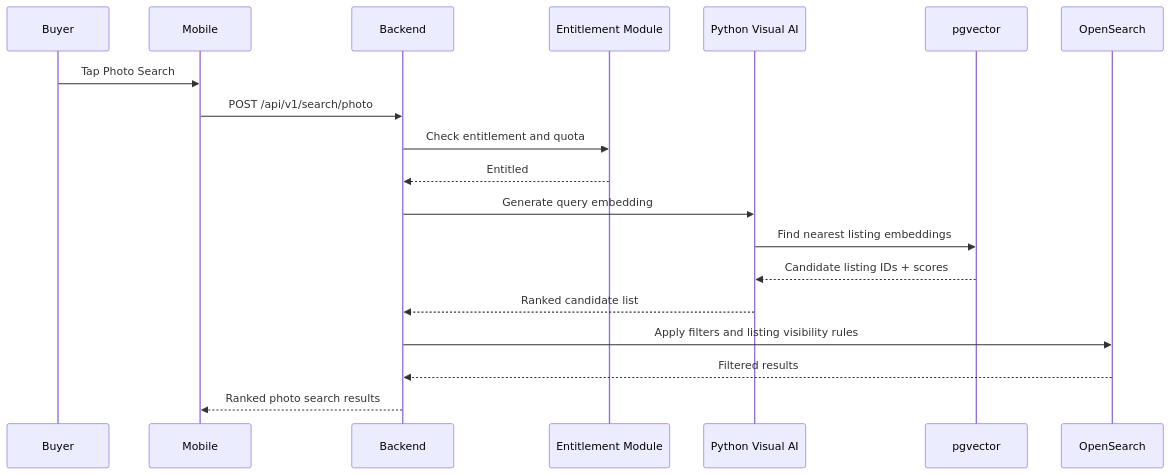
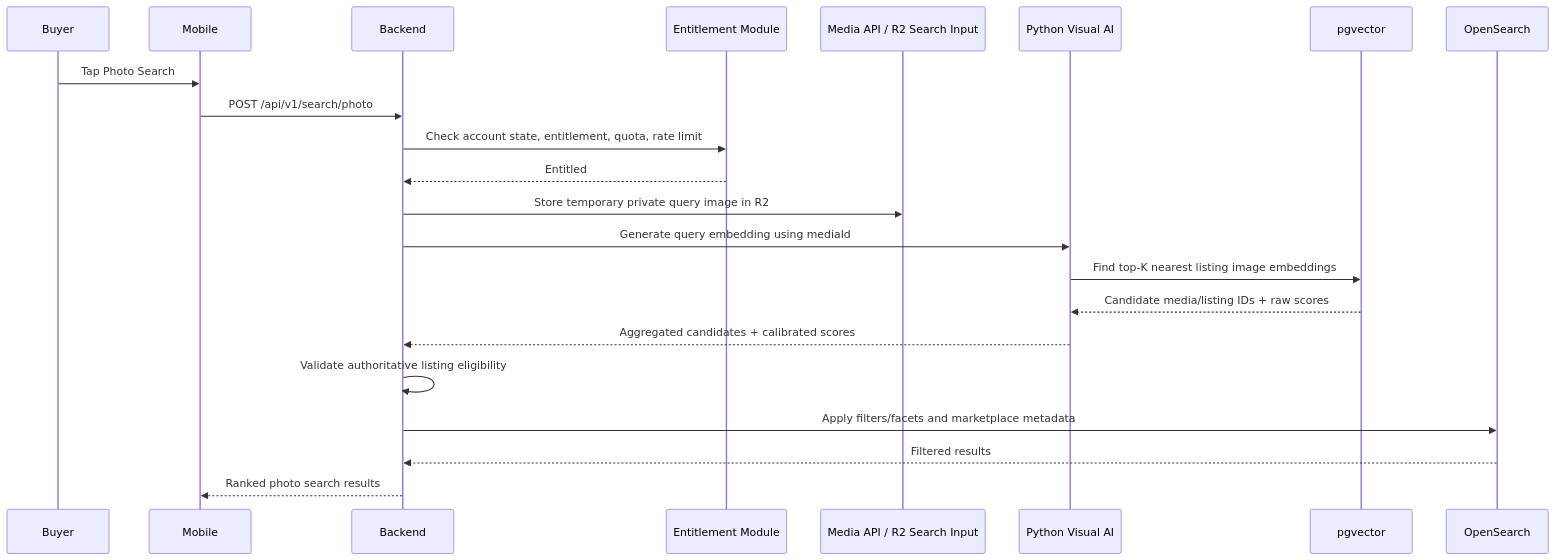
One commit to VSPL-New/Documents changed the second of 6 diagrams in HLD/04-AI-Architecture.md. Above: the diagram before and after it, drawn with Mermaid. The commit also changed other lines of this file and 25 other files, not shown here.

Commit message:
docs: update architecture and organize story documents

````diff
--- a/HLD/04-AI-Architecture.md
+++ b/HLD/04-AI-Architecture.md
@@ -251,22 +253,25 @@
 ```mermaid
 sequenceDiagram
     participant Buyer
     participant Mobile
     participant Backend
     participant Plan as Entitlement Module
+    participant Media as Media API / R2 Search Input
     participant AI as Python Visual AI
     participant Vector as pgvector
     participant Search as OpenSearch
 
     Buyer->>Mobile: Tap Photo Search
     Mobile->>Backend: POST /api/v1/search/photo
-    Backend->>Plan: Check entitlement and quota
+    Backend->>Plan: Check account state, entitlement, quota, rate limit
     Plan-->>Backend: Entitled
-    Backend->>AI: Generate query embedding
-    AI->>Vector: Find nearest listing embeddings
-    Vector-->>AI: Candidate listing IDs + scores
-    AI-->>Backend: Ranked candidate list
-    Backend->>Search: Apply filters and listing visibility rules
+    Backend->>Media: Store temporary private query image in R2
+    Backend->>AI: Generate query embedding using mediaId
+    AI->>Vector: Find top-K nearest listing image embeddings
+    Vector-->>AI: Candidate media/listing IDs + raw scores
+    AI-->>Backend: Aggregated candidates + calibrated scores
+    Backend->>Backend: Validate authoritative listing eligibility
+    Backend->>Search: Apply filters/facets and marketplace metadata
     Search-->>Backend: Filtered results
     Backend-->>Mobile: Ranked photo search results
 ```
````
